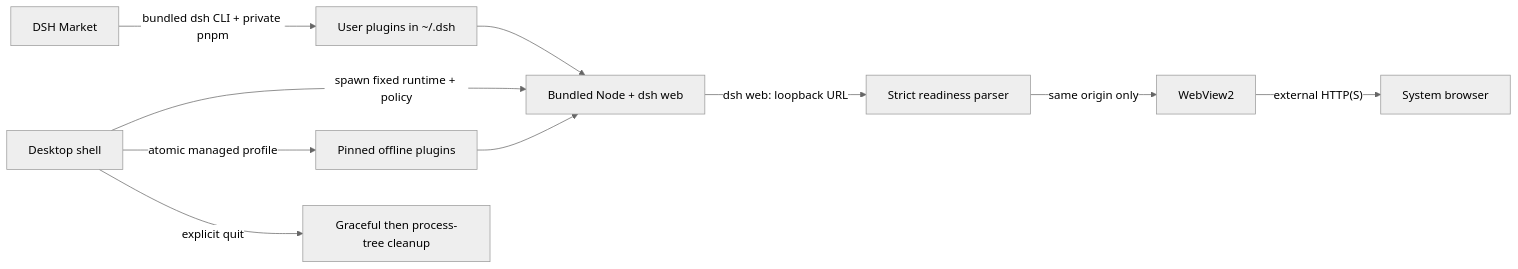
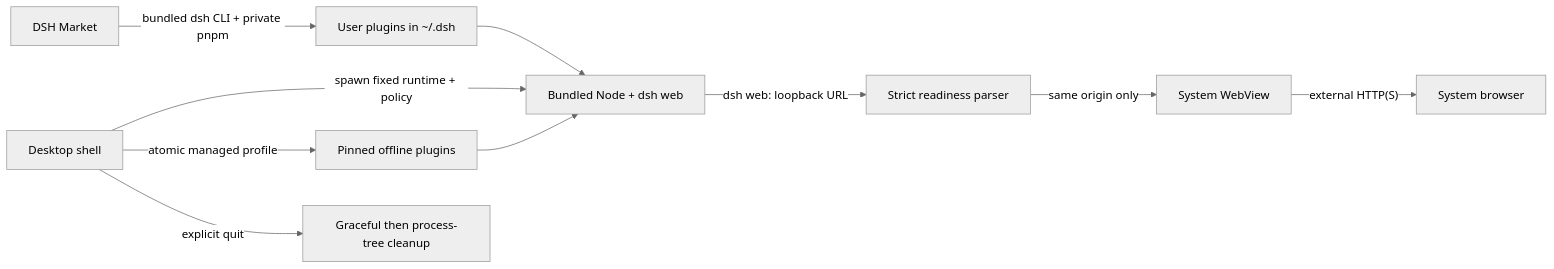
The diagram in README.md (licn9901-arch/DSH-Desktop), drawn with Mermaid (neutral theme) before and after one commit. The commit also changed other lines of this file and 27 other files, not shown here.

````diff
--- a/README.md
+++ b/README.md
@@ -82,12 +85,12 @@
 ```mermaid
 flowchart LR
     A["Desktop shell"] -->|"spawn fixed runtime + policy"| B["Bundled Node + dsh web"]
     M["DSH Market"] -->|"bundled dsh CLI + private pnpm"| U["User plugins in ~/.dsh"]
     U --> B
     A -->|"atomic managed profile"| P["Pinned offline plugins"]
     P --> B
     B -->|"dsh web: loopback URL"| C["Strict readiness parser"]
-    C -->|"same origin only"| D["WebView2"]
+    C -->|"same origin only"| D["System WebView"]
     D -->|"external HTTP(S)"| E["System browser"]
     A -->|"explicit quit"| F["Graceful then process-tree cleanup"]
 ```
````
